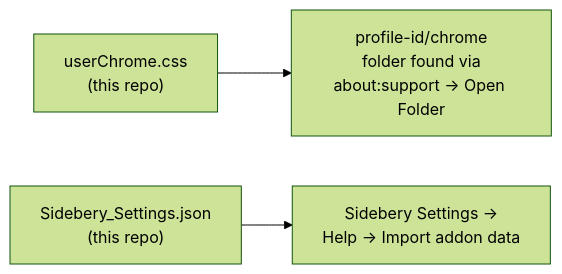
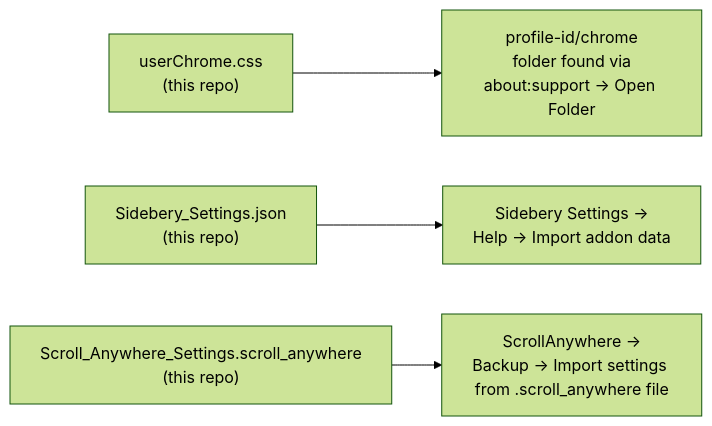
Before and after one commit to Yeove/FirefoxTweaks: the diagram in README.md, drawn with Mermaid (forest theme). The commit also changed other lines of this file and 1 other file, not shown here.

Commit message:
Added scroll anywhere settings

````diff
--- a/README.md
+++ b/README.md
@@ -8,5 +8,6 @@
 ```mermaid
 flowchart LR
     A["userChrome.css<br/>(this repo)"] --> B["profile-id/chrome<br>folder found via<br>about:support → Open Folder"]
     C["Sidebery_Settings.json<br/>(this repo)"] --> D["Sidebery Settings →<br/>Help → Import addon data"]
+    E["Scroll_Anywhere_Settings.scroll_anywhere<br/>(this repo)"] --> F["ScrollAnywhere →<br/>Backup → Import settings from ".scroll_anywhere file""]
 ```
````
